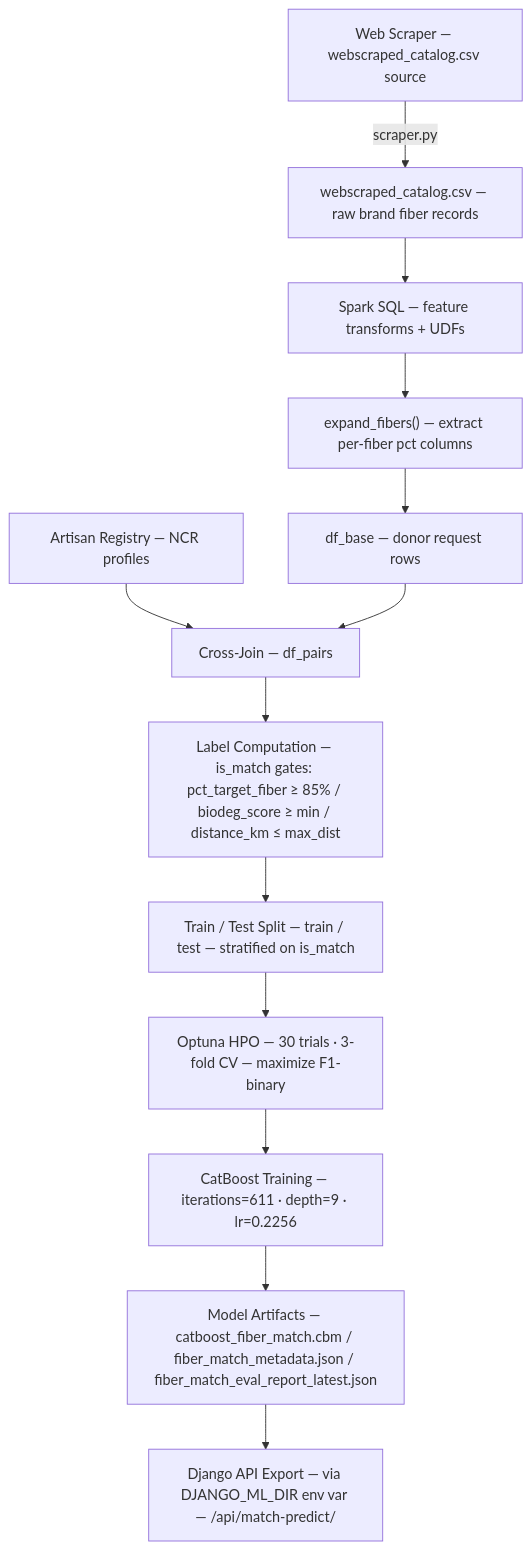
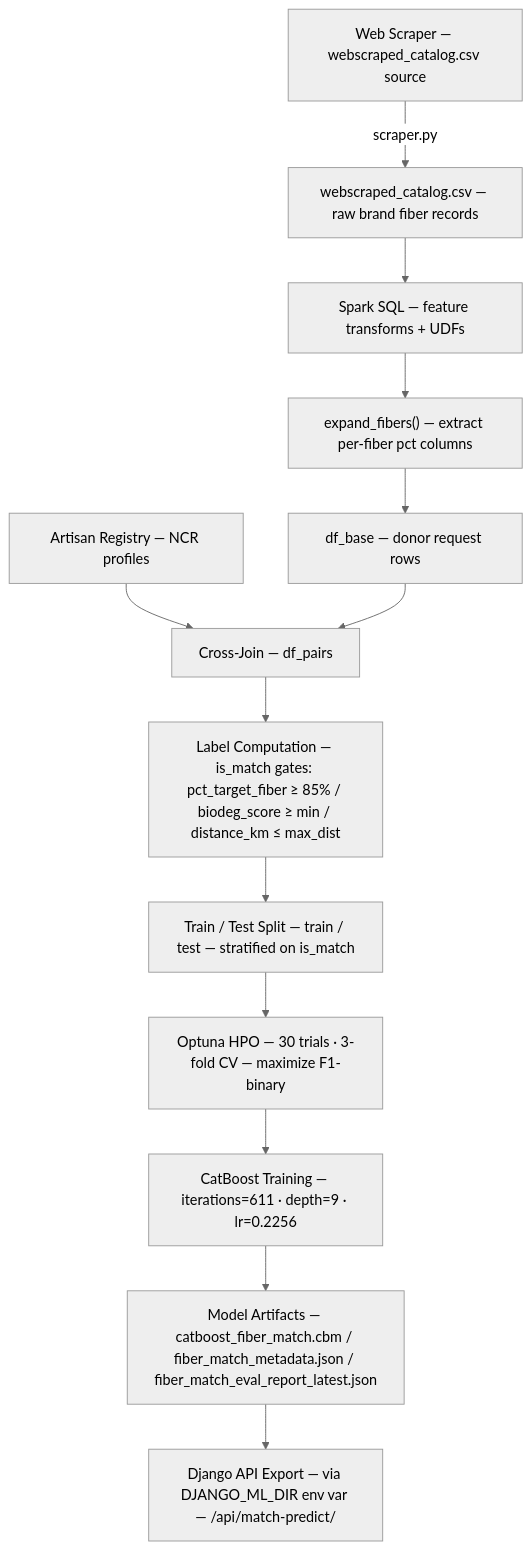
One commit to bakuncwa/weaveforward_fiber_model changed the first of 2 diagrams in README.md. Above: the diagram before and after it, drawn with Mermaid.

Commit message:
updated README.md color scheme for ETL

````diff
--- a/README.md
+++ b/README.md
@@ -52,15 +52,16 @@
 ```mermaid
+%%{init: {'theme': 'neutral'}}%%
 flowchart TD
     A["Web Scraper — webscraped_catalog.csv source"] -->|"scraper.py"| B["webscraped_catalog.csv — raw brand fiber records"]
     B --> C["Spark SQL — feature transforms + UDFs"]
     C --> D["expand_fibers() — extract per-fiber pct columns"]
     D --> E["df_base — donor request rows"]
     F["Artisan Registry — NCR profiles"] --> G
     E --> G["Cross-Join — df_pairs"]
     G --> H["Label Computation — is_match gates: pct_target_fiber ≥ 85% / biodeg_score ≥ min / distance_km ≤ max_dist"]
     H --> I["Train / Test Split — train / test — stratified on is_match"]
     I --> J["Optuna HPO — 30 trials · 3-fold CV — maximize F1-binary"]
     J --> K["CatBoost Training — iterations=611 · depth=9 · lr=0.2256"]
     K --> L["Model Artifacts — catboost_fiber_match.cbm / fiber_match_metadata.json / fiber_match_eval_report_latest.json"]
     L --> M["Django API Export — via DJANGO_ML_DIR env var — /api/match-predict/"]
 ```
````
